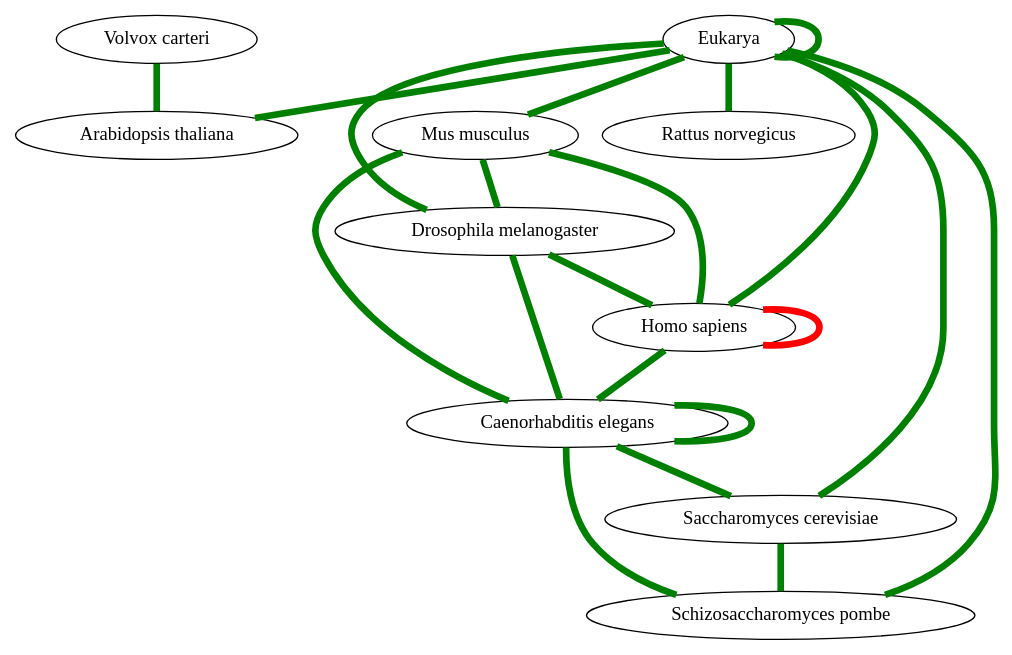
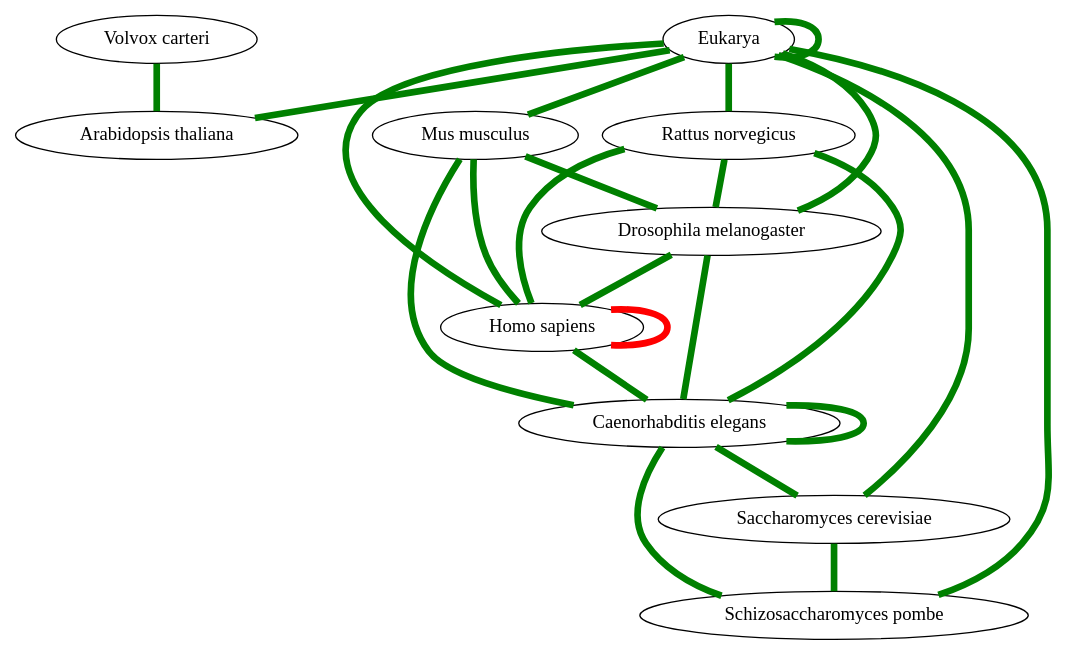
Before and after one commit to prwlr-dev/physical-interactions-summary-plots: the diagram in single-summary.dot, drawn with Graphviz.

Commit message:
Add edges for Rattus norvegicus

```diff
--- a/single-summary.dot
+++ b/single-summary.dot
@@ -1,32 +1,35 @@
 graph {
 "Eukarya";
 "Arabidopsis thaliana";
 "Volvox carteri";
 "Caenorhabditis elegans";
 "Drosophila melanogaster";
 "Homo sapiens";
 "Mus musculus";
 "Rattus norvegicus";
 "Saccharomyces cerevisiae";
 "Schizosaccharomyces pombe";
 "Eukarya" -- "Eukarya" [color=green, penwidth=5];
 "Eukarya" -- "Saccharomyces cerevisiae" [color=green, penwidth=5];
 "Eukarya" -- "Schizosaccharomyces pombe" [color=green, penwidth=5];
 "Eukarya" -- "Arabidopsis thaliana" [color=green, penwidth=5];
 "Eukarya" -- "Drosophila melanogaster" [color=green, penwidth=5];
 "Eukarya" -- "Homo sapiens" [color=green, penwidth=5];
 "Eukarya" -- "Mus musculus" [color=green, penwidth=5];
 "Eukarya" -- "Rattus norvegicus" [color=green, penwidth=5];
 "Volvox carteri" -- "Arabidopsis thaliana" [color=green, penwidth=5];
 "Saccharomyces cerevisiae" -- "Schizosaccharomyces pombe" [color=green, penwidth=5];
 "Caenorhabditis elegans" -- "Saccharomyces cerevisiae" [color=green, penwidth=5];
 "Caenorhabditis elegans" -- "Schizosaccharomyces pombe" [color=green, penwidth=5];
 "Caenorhabditis elegans" -- "Drosophila melanogaster" [color=green, penwidth=5];
 "Caenorhabditis elegans" -- "Caenorhabditis elegans" [color=green, penwidth=5];
 "Drosophila melanogaster" -- "Homo sapiens" [color=green, penwidth=5];
 "Homo sapiens" -- "Caenorhabditis elegans" [color=green, penwidth=5];
 "Homo sapiens" -- "Homo sapiens" [color=red, penwidth=5];
 "Mus musculus" -- "Caenorhabditis elegans" [color=green, penwidth=5];
 "Mus musculus" -- "Drosophila melanogaster" [color=green, penwidth=5];
 "Mus musculus" -- "Homo sapiens" [color=green, penwidth=5];
+"Rattus norvegicus" -- "Caenorhabditis elegans" [color=green, penwidth=5];
+"Rattus norvegicus" -- "Drosophila melanogaster" [color=green, penwidth=5];
+"Rattus norvegicus" -- "Homo sapiens" [color=green, penwidth=5];
 }
```
